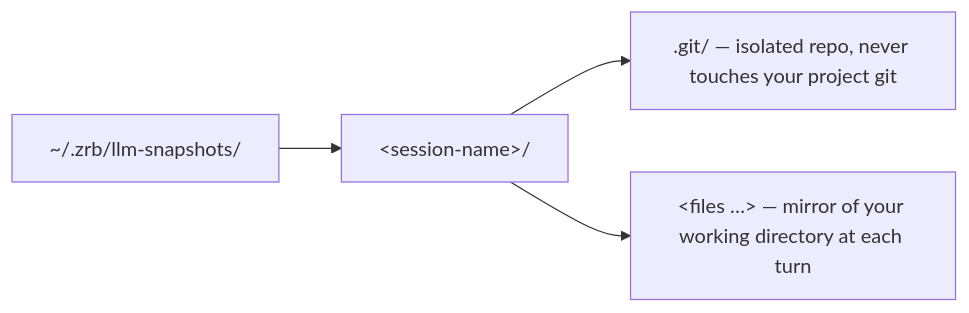
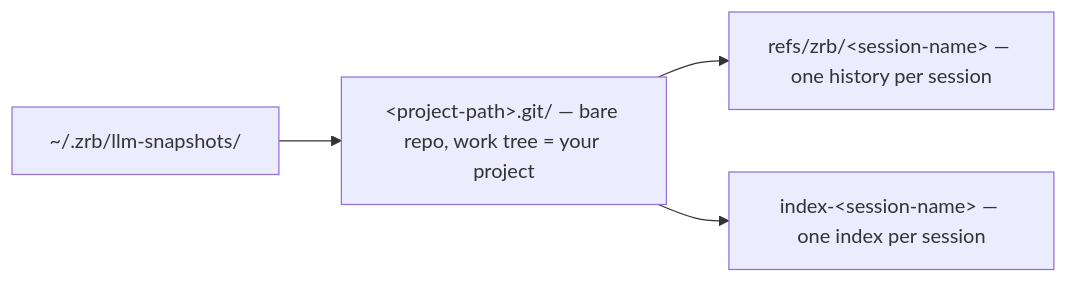
Before and after one commit to state-alchemists/zrb: the second of 3 diagrams in docs/configuration/llm-config.md, drawn with Mermaid. The commit also changed other lines of this file and 20 other files, not shown here.

````diff
--- a/docs/configuration/llm-config.md
+++ b/docs/configuration/llm-config.md
@@ -507,6 +507,6 @@
 ```mermaid
 flowchart LR
-    Root["~/.zrb/llm-snapshots/"] --> Session["&lt;session-name&gt;/"]
-    Session --> Git[".git/ — isolated repo, never touches your project git"]
-    Session --> Files["&lt;files …&gt; — mirror of your working directory at each turn"]
+    Root["~/.zrb/llm-snapshots/"] --> Store["&lt;project-path&gt;.git/ — bare repo, work tree = your project"]
+    Store --> Refs["refs/zrb/&lt;session-name&gt; — one history per session"]
+    Store --> Index["index-&lt;session-name&gt; — one index per session"]
 ```
````
